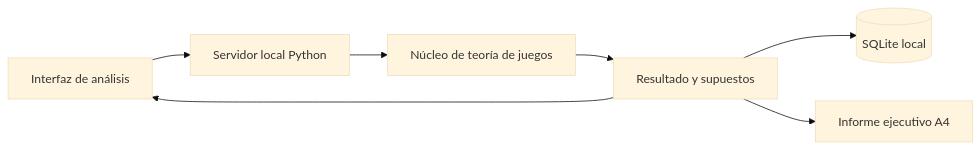
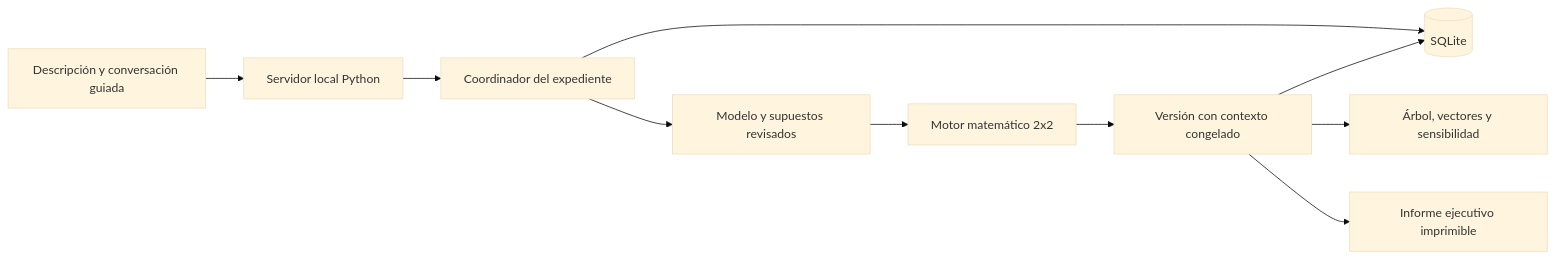
One commit to Leo-Acosta/escenarios-tj changed the diagram in docs/ARQUITECTURA.md. Above: the diagram before and after it, drawn with Mermaid (base theme). The commit also changed other lines of this file and 12 other files, not shown here.

Commit message:
Implementar coordinador guiado con expedientes y versiones trazables

````diff
--- a/docs/ARQUITECTURA.md
+++ b/docs/ARQUITECTURA.md
@@ -9,9 +7,12 @@
 ```mermaid
 flowchart LR
-    UI[Interfaz de análisis] --> API[Servidor local Python]
-    API --> CORE[Núcleo de teoría de juegos]
-    CORE --> RESULT[Resultado y supuestos]
-    RESULT --> UI
-    RESULT --> DB[(SQLite local)]
-    RESULT --> PDF[Informe ejecutivo A4]
+    UI[Descripción y conversación guiada] --> API[Servidor local Python]
+    API --> COORD[Coordinador del expediente]
+    COORD --> DB[(SQLite)]
+    COORD --> REVIEW[Modelo y supuestos revisados]
+    REVIEW --> CORE[Motor matemático 2x2]
+    CORE --> VERSION[Versión con contexto congelado]
+    VERSION --> GRAPHS[Árbol, vectores y sensibilidad]
+    VERSION --> REPORT[Informe ejecutivo imprimible]
+    VERSION --> DB
 ```
````
